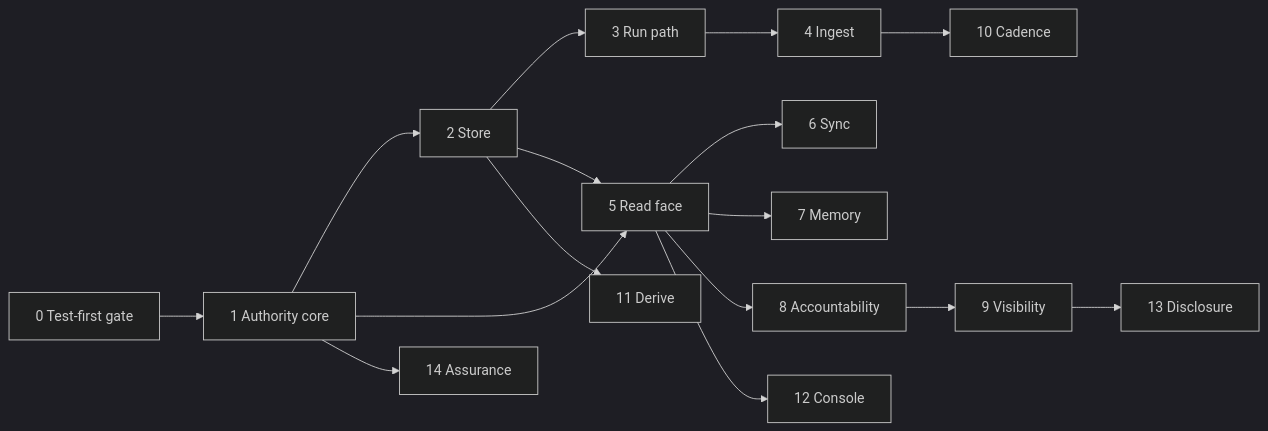
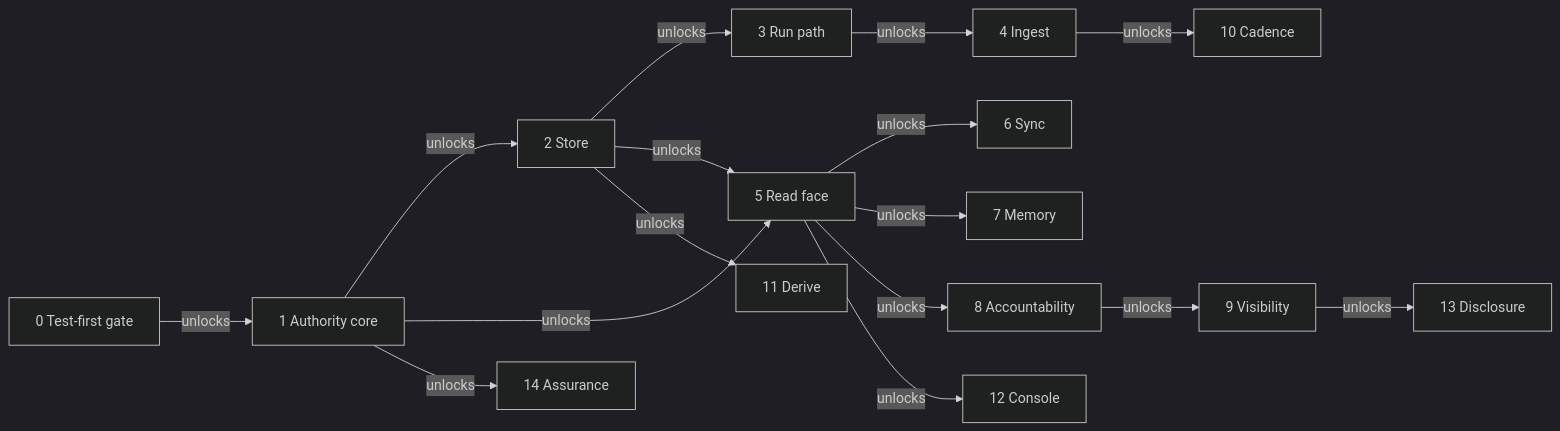
The diagram in spec/roadmap.md (fractalboxdev/contextful), drawn with Mermaid (dark theme) before and after one commit. The commit also changed 44 other files, not shown here.

First line of the commit message:
spec: diagrams draw entities and flows, and the checker enforces it (#12)

````diff
--- a/spec/roadmap.md
+++ b/spec/roadmap.md
@@ -17,18 +17,18 @@
 ```mermaid
 flowchart LR
-  Z[0 Test-first gate] --> A
-  A[1 Authority core] --> B[2 Store]
-  B --> C[3 Run path]
-  C --> D[4 Ingest]
-  B --> E[5 Read face]
-  A --> E
-  E --> F[6 Sync]
-  E --> G[7 Memory]
-  E --> H[8 Accountability]
-  H --> I[9 Visibility]
-  D --> J[10 Cadence]
-  B --> K[11 Derive]
-  E --> L[12 Console]
-  I --> M[13 Disclosure]
-  A --> N[14 Assurance]
+  Z[0 Test-first gate] -->|unlocks| A
+  A[1 Authority core] -->|unlocks| B[2 Store]
+  B -->|unlocks| C[3 Run path]
+  C -->|unlocks| D[4 Ingest]
+  B -->|unlocks| E[5 Read face]
+  A -->|unlocks| E
+  E -->|unlocks| F[6 Sync]
+  E -->|unlocks| G[7 Memory]
+  E -->|unlocks| H[8 Accountability]
+  H -->|unlocks| I[9 Visibility]
+  D -->|unlocks| J[10 Cadence]
+  B -->|unlocks| K[11 Derive]
+  E -->|unlocks| L[12 Console]
+  I -->|unlocks| M[13 Disclosure]
+  A -->|unlocks| N[14 Assurance]
 ```
````
